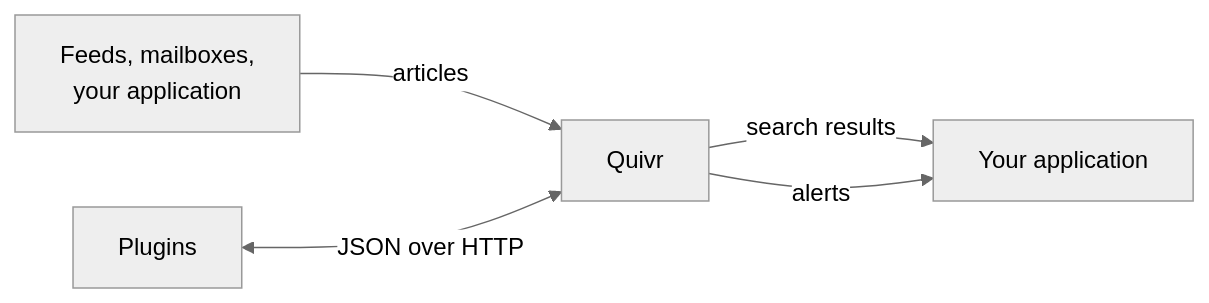
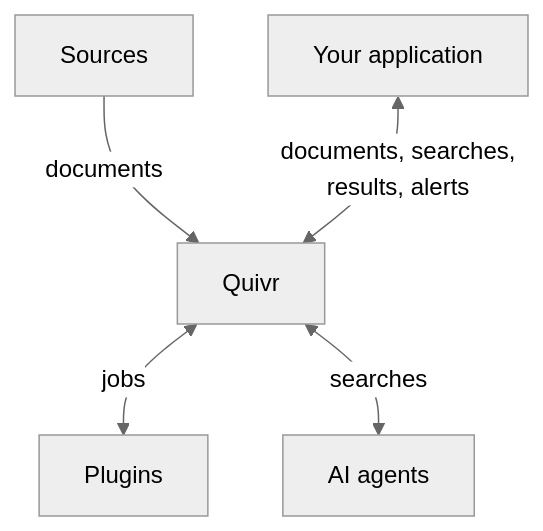
The diagram in docs-site/index.mdx (The-Vibe-Company/quivr), drawn with Mermaid (neutral theme) before and after one commit. The commit also changed other lines of this file and 4 other files, not shown here.

````diff
--- a/docs-site/index.mdx
+++ b/docs-site/index.mdx
@@ -11,7 +17,7 @@
 ```mermaid
-flowchart LR
-    sources["Feeds, mailboxes,<br/>your application"] -->|articles| quivr["Quivr"]
-    quivr -->|search results| app["Your application"]
-    quivr -->|alerts| app
-    plugins["Plugins"] <-->|JSON over HTTP| quivr
+flowchart TD
+    sources["Sources"] -->|documents| quivr["Quivr"]
+    app["Your application"] <-->|"documents, searches,<br/>results, alerts"| quivr
+    quivr <-->|jobs| plugins["Plugins"]
+    quivr <-->|searches| agents["AI agents"]
 ```
````
